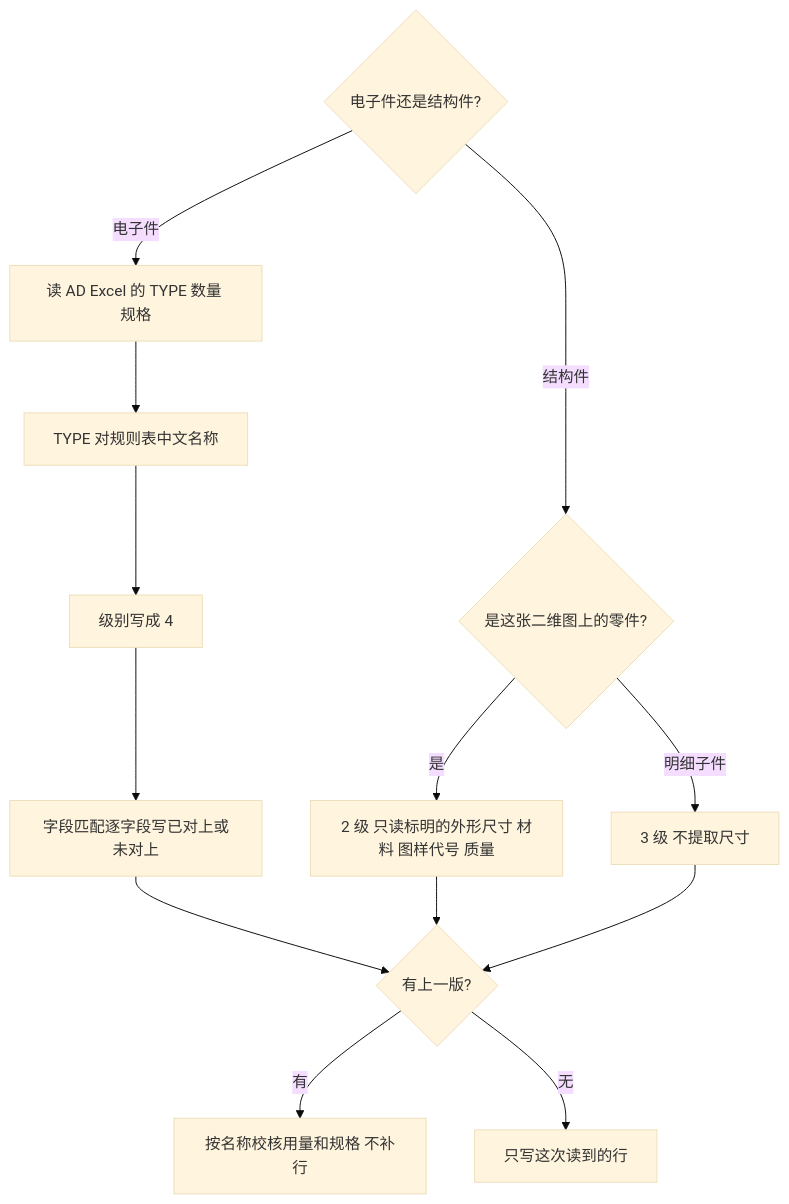
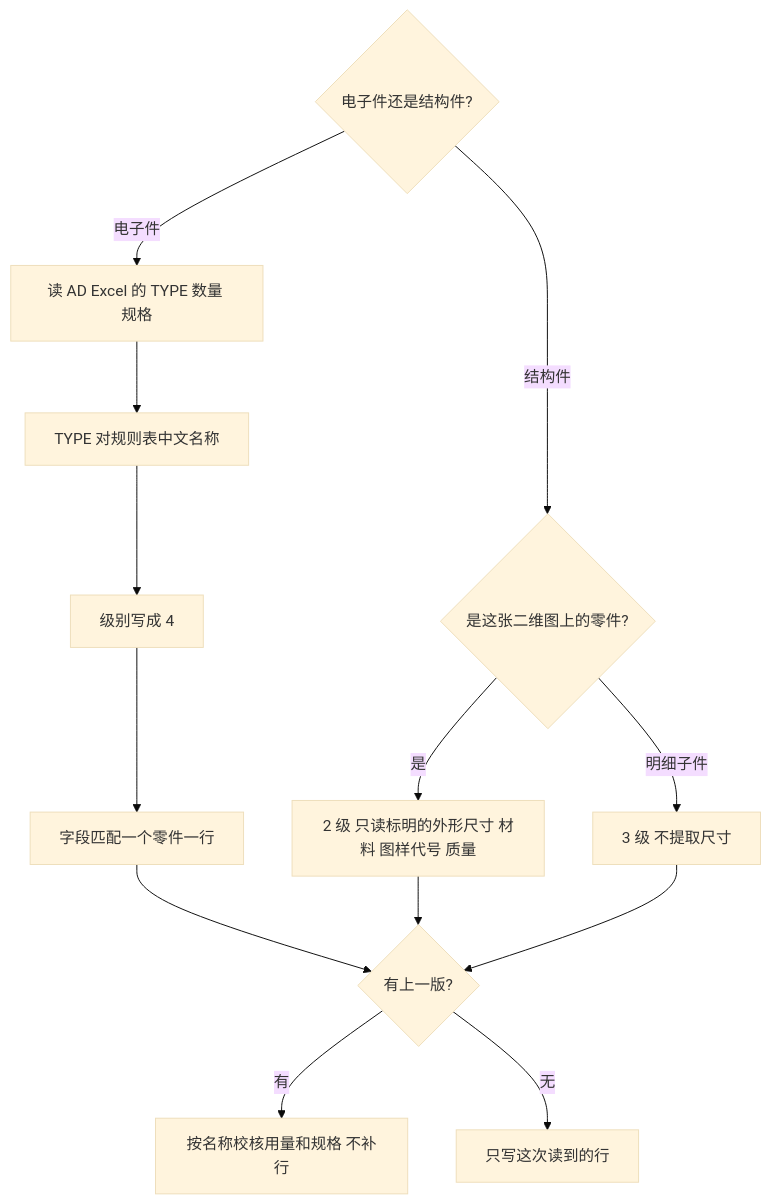
The third of 4 diagrams in docs/出表流程.md (wang049/qibiao), drawn with Mermaid (base theme) before and after one commit. The commit also changed other lines of this file and 8 other files, not shown here.

Commit message:
CE BOM 字段匹配改成一个零件一行，级别圆点统一居中。结构图把括号里的外形尺寸写入 X、Y、Z，并把主视图截进 2 级件的图片格。

````diff
--- a/docs/出表流程.md
+++ b/docs/出表流程.md
@@ -53,15 +53,15 @@
 ```mermaid
 flowchart TD
   A{电子件还是结构件?} -->|电子件| B[读 AD Excel 的 TYPE 数量 规格]
   B --> C[TYPE 对规则表中文名称]
   C --> D[级别写成 4]
-  D --> E[字段匹配逐字段写已对上或未对上]
+  D --> E[字段匹配一个零件一行]
   A -->|结构件| F{是这张二维图上的零件?}
   F -->|是| G[2 级 只读标明的外形尺寸 材料 图样代号 质量]
   F -->|明细子件| H[3 级 不提取尺寸]
   E --> I{有上一版?}
   G --> I
   H --> I
   I -->|有| J[按名称校核用量和规格 不补行]
   I -->|无| K[只写这次读到的行]
 ```
````
